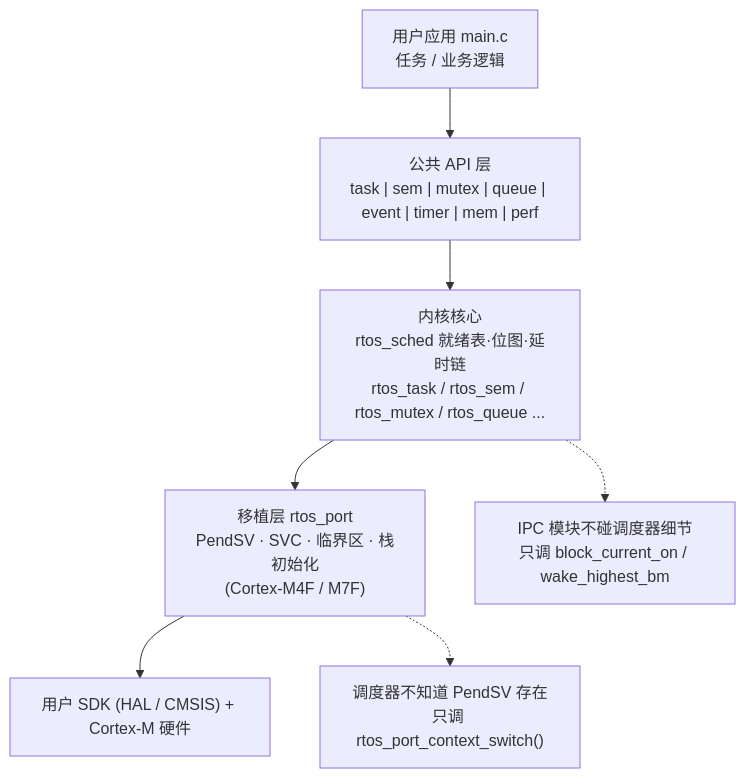
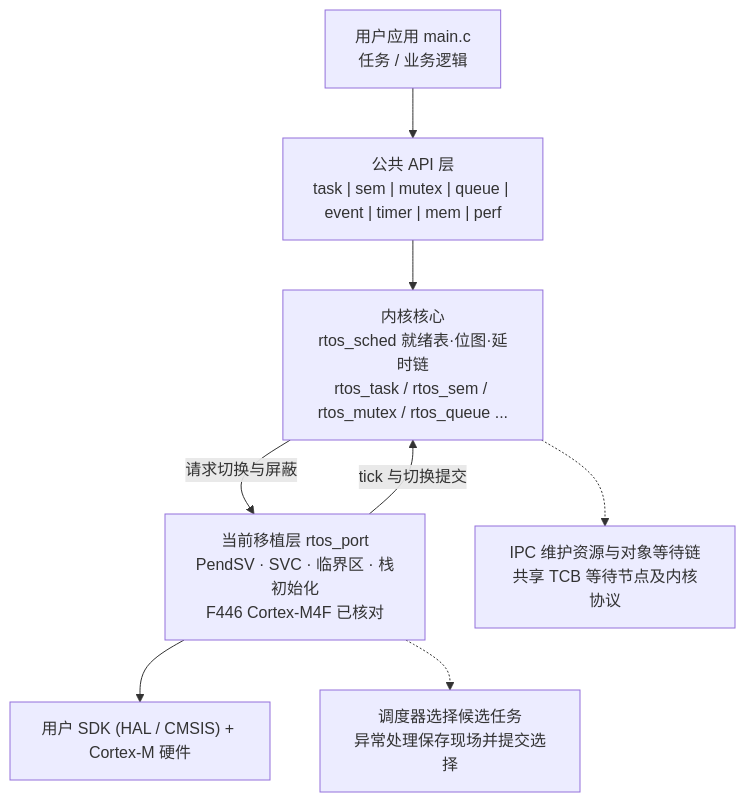
Before and after one commit to ArchHang/RTOS: the first of 18 diagrams in docs/rtos_design.md, drawn with Mermaid. The commit also changed other lines of this file and 15 other files, not shown here.

First line of the commit message:
docs(rtos): expand architecture and integration handbook

````diff
--- a/docs/rtos_design.md
+++ b/docs/rtos_design.md
@@ -40,18 +61,19 @@
 ```mermaid
 flowchart TB
     app["用户应用 main.c<br/>任务 / 业务逻辑"]
     api["公共 API 层<br/>task | sem | mutex | queue | event | timer | mem | perf"]
     core["内核核心<br/>rtos_sched 就绪表·位图·延时链<br/>rtos_task / rtos_sem / rtos_mutex / rtos_queue ..."]
-    port["移植层 rtos_port<br/>PendSV · SVC · 临界区 · 栈初始化<br/>(Cortex-M4F / M7F)"]
+    port["当前移植层 rtos_port<br/>PendSV · SVC · 临界区 · 栈初始化<br/>F446 Cortex-M4F 已核对"]
     hw["用户 SDK (HAL / CMSIS) + Cortex-M 硬件"]
 
     app --> api
     api --> core
-    core --> port
+    core -->|请求切换与屏蔽| port
+    port -->|tick 与切换提交| core
     port --> hw
 
-    note1["IPC 模块不碰调度器细节<br/>只调 block_current_on / wake_highest_bm"]
-    note2["调度器不知道 PendSV 存在<br/>只调 rtos_port_context_switch()"]
+    note1["IPC 维护资源与对象等待链<br/>共享 TCB 等待节点及内核协议"]
+    note2["调度器选择候选任务<br/>异常处理保存现场并提交选择"]
     core -.-> note1
     port -.-> note2
 ```
````
